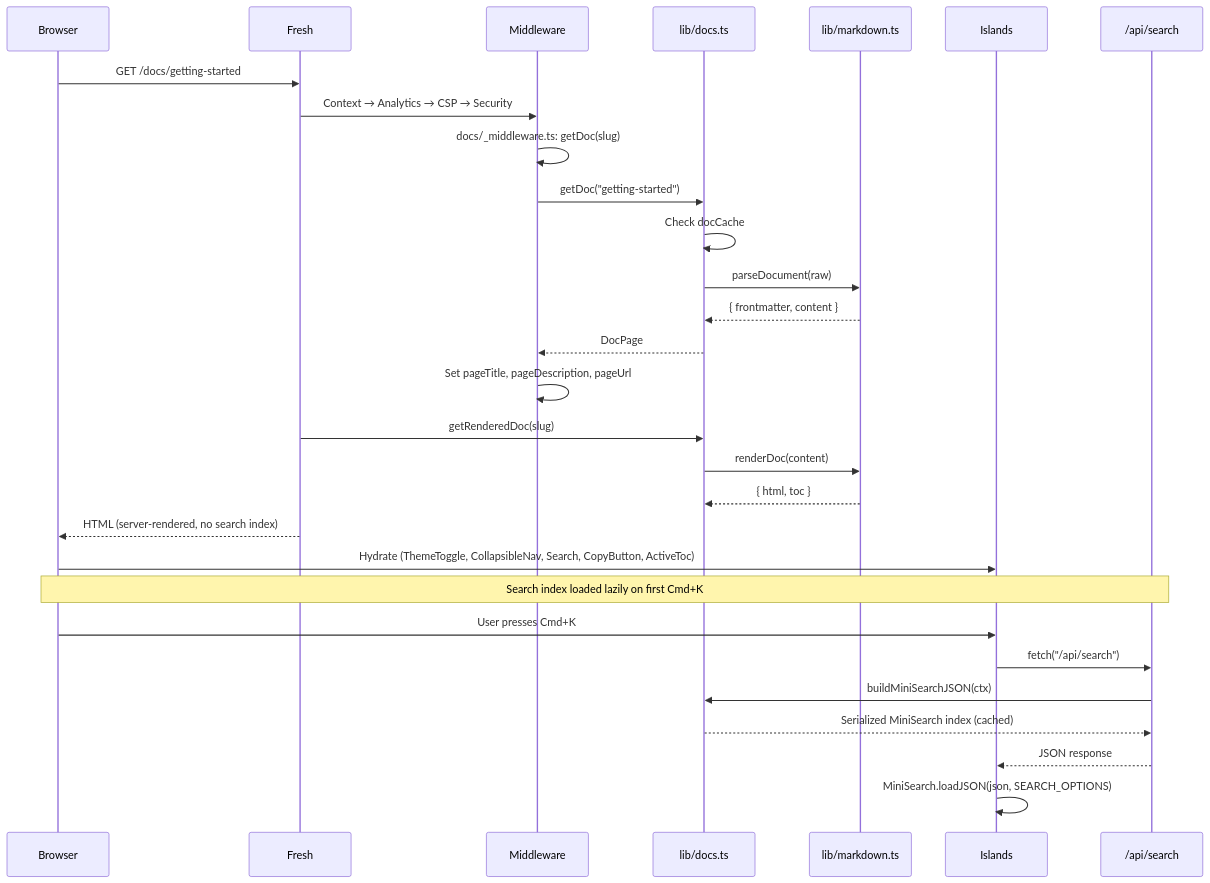
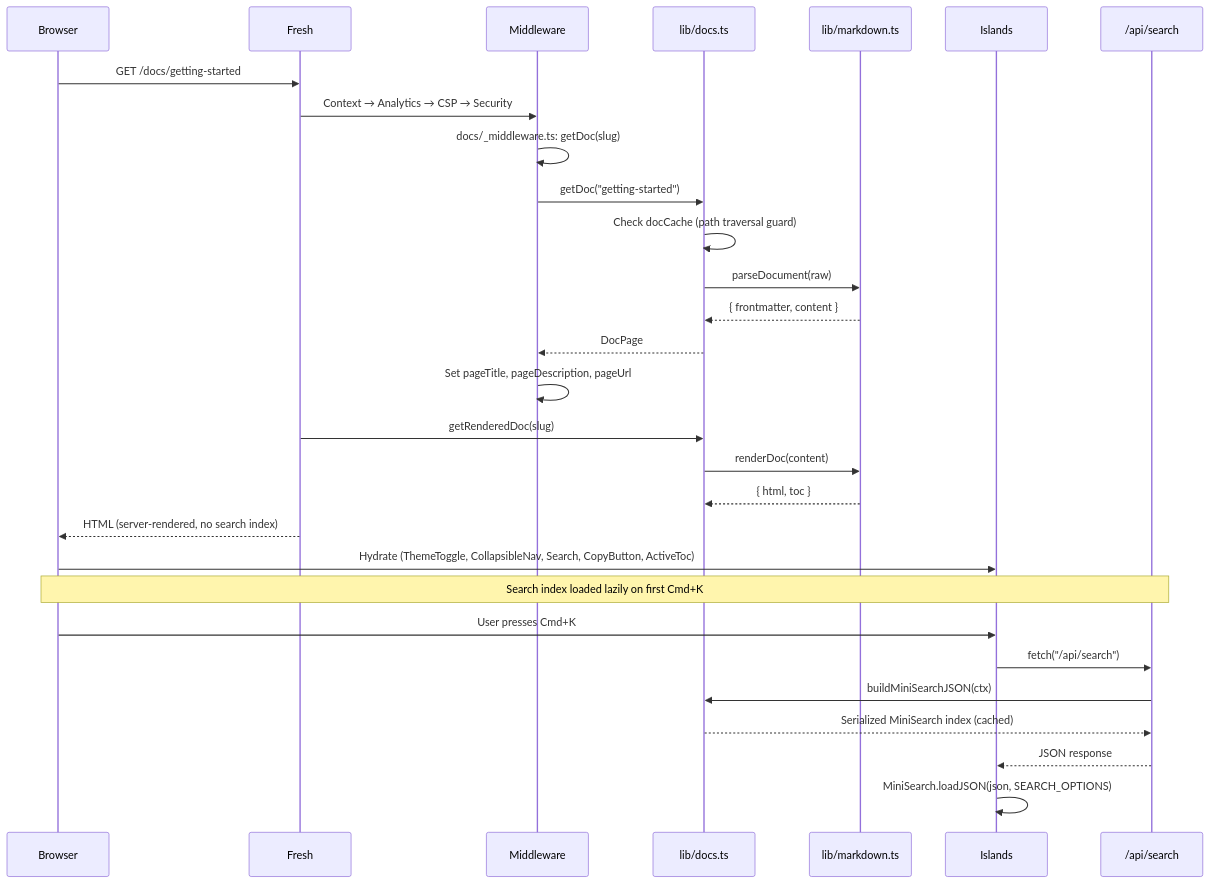
One commit to deer/denote changed the second of 7 diagrams in docs/CODEBASE_MAP.md. Above: the diagram before and after it, drawn with Mermaid. The commit also changed other lines of this file and 3 other files, not shown here.

````diff
--- a/docs/CODEBASE_MAP.md
+++ b/docs/CODEBASE_MAP.md
@@ -245,33 +260,33 @@
 ```mermaid
 sequenceDiagram
     participant Browser
     participant Fresh
     participant Middleware
     participant DocsLib as lib/docs.ts
     participant Markdown as lib/markdown.ts
     participant Islands
     participant SearchAPI as /api/search
 
     Browser->>Fresh: GET /docs/getting-started
     Fresh->>Middleware: Context → Analytics → CSP → Security
     Middleware->>Middleware: docs/_middleware.ts: getDoc(slug)
     Middleware->>DocsLib: getDoc("getting-started")
-    DocsLib->>DocsLib: Check docCache
+    DocsLib->>DocsLib: Check docCache (path traversal guard)
     DocsLib->>Markdown: parseDocument(raw)
     Markdown-->>DocsLib: { frontmatter, content }
     DocsLib-->>Middleware: DocPage
     Middleware->>Middleware: Set pageTitle, pageDescription, pageUrl
     Fresh->>DocsLib: getRenderedDoc(slug)
     DocsLib->>Markdown: renderDoc(content)
     Markdown-->>DocsLib: { html, toc }
     Fresh-->>Browser: HTML (server-rendered, no search index)
     Browser->>Islands: Hydrate (ThemeToggle, CollapsibleNav, Search, CopyButton, ActiveToc)
 
     Note over Browser,SearchAPI: Search index loaded lazily on first Cmd+K
     Browser->>Islands: User presses Cmd+K
     Islands->>SearchAPI: fetch("/api/search")
     SearchAPI->>DocsLib: buildMiniSearchJSON(ctx)
     DocsLib-->>SearchAPI: Serialized MiniSearch index (cached)
     SearchAPI-->>Islands: JSON response
     Islands->>Islands: MiniSearch.loadJSON(json, SEARCH_OPTIONS)
 ```
````
